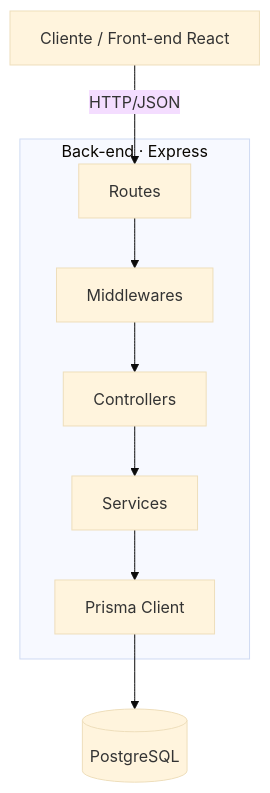
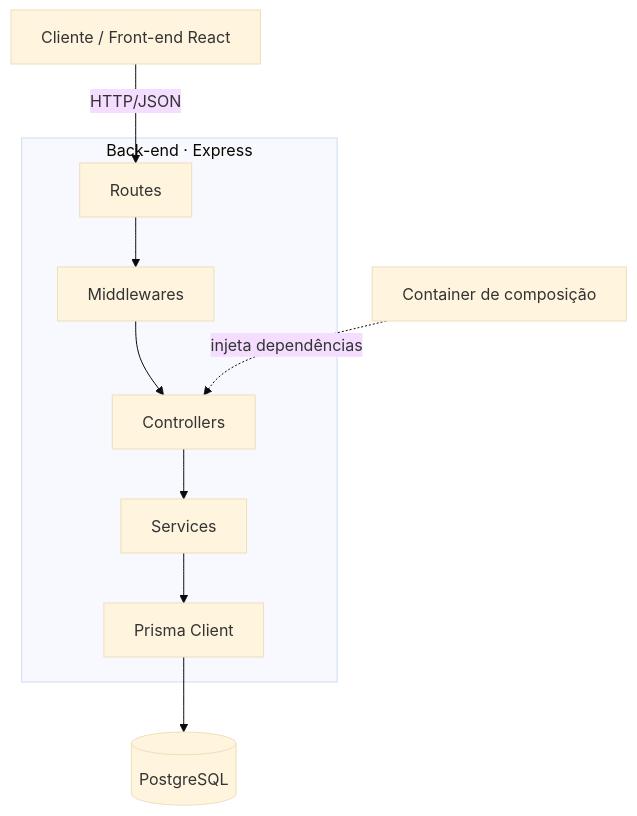
The first of 2 diagrams in README.md (joseluucaas/Taskly), drawn with Mermaid (base theme) before and after one commit. The commit also changed other lines of this file, not shown here.

````diff
--- a/README.md
+++ b/README.md
@@ -102,10 +130,12 @@
 ```mermaid
 flowchart TB
     Client["Cliente / Front-end React"]
+    Container["Container de composição"]
     subgraph API["Back-end · Express"]
       Routes["Routes"] --> Middlewares["Middlewares"] --> Controllers["Controllers"] --> Services["Services"] --> Prisma["Prisma Client"]
     end
+    Container -. injeta dependências .-> Controllers
     DB[("PostgreSQL")]
     Client -- HTTP/JSON --> Routes
     Prisma --> DB
 ```
````
